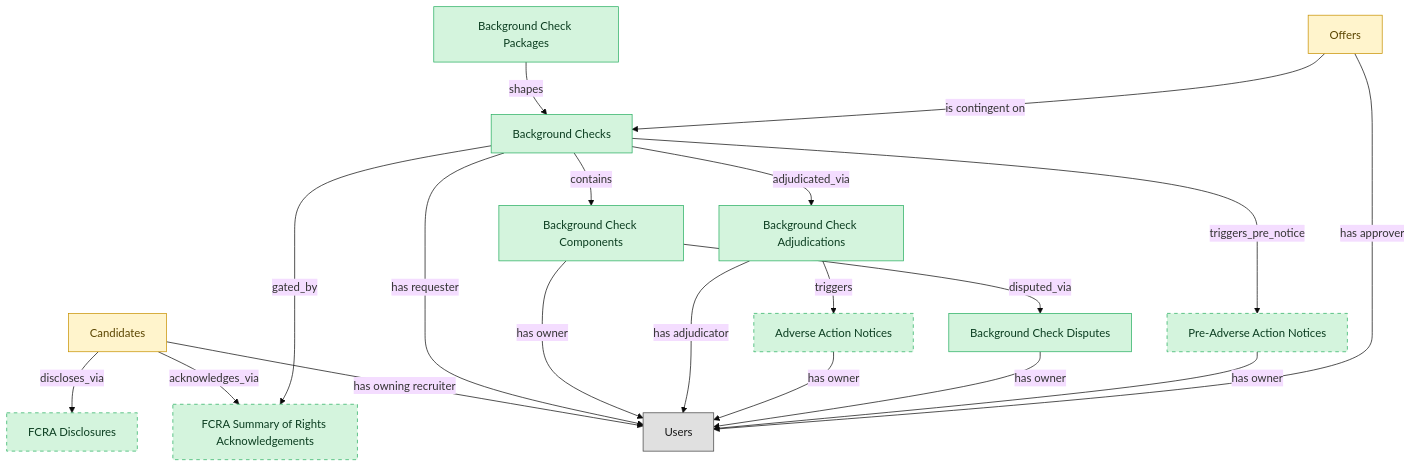
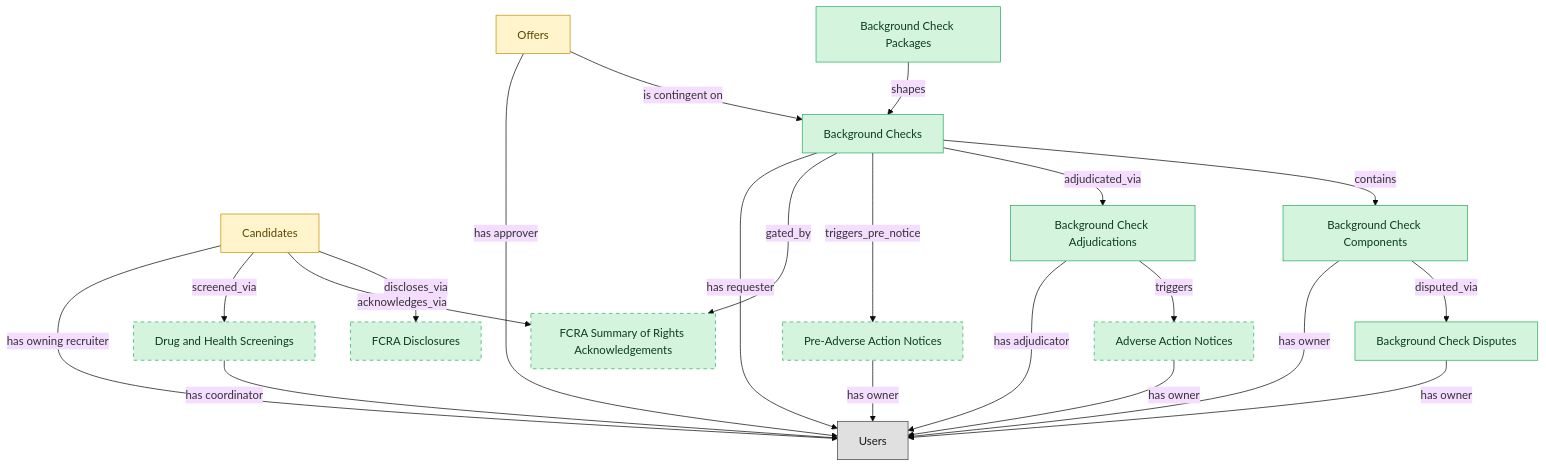
Before and after one commit to IntranetFactory/domain-map: the diagram in catalog/blueprints/ats-background-checks-semantic-blueprint.md, drawn with Mermaid (base theme). The commit also changed other lines of this file and 29 other files, not shown here.

````diff
--- a/catalog/blueprints/ats-background-checks-semantic-blueprint.md
+++ b/catalog/blueprints/ats-background-checks-semantic-blueprint.md
@@ -43,52 +44,57 @@
 ```mermaid
 flowchart TD
   classDef master fill:#d4f4dd,stroke:#27ae60,color:#0b3d20;
   classDef embedded_master fill:#fff4cc,stroke:#c79100,color:#5b4500;
   classDef platform_builtin fill:#e0e0e0,stroke:#424242,color:#1a1a1a;
   background_checks["Background Checks"]
   candidates["Candidates"]
   job_offers["Offers"]
   background_check_packages["Background Check Packages"]
   background_check_components["Background Check Components"]
   background_check_adjudications["Background Check Adjudications"]
   background_check_disputes["Background Check Disputes"]
   fcra_disclosures["FCRA Disclosures"]
   pre_adverse_action_notices["Pre-Adverse Action Notices"]
   fcra_summary_of_rights_acknowledgements["FCRA Summary of Rights Acknowledgements"]
   adverse_action_notices["Adverse Action Notices"]
+  drug_health_screenings["Drug and Health Screenings"]
   users["Users"]
   background_checks -->|"contains"| background_check_components
   background_check_packages -->|"shapes"| background_checks
   candidates -->|"discloses_via"| fcra_disclosures
   background_checks -->|"adjudicated_via"| background_check_adjudications
   background_check_adjudications -->|"triggers"| adverse_action_notices
   background_check_components -->|"disputed_via"| background_check_disputes
   candidates -->|"acknowledges_via"| fcra_summary_of_rights_acknowledgements
   background_checks -->|"triggers_pre_notice"| pre_adverse_action_notices
   background_checks -->|"gated_by"| fcra_summary_of_rights_acknowledgements
   job_offers -->|"is contingent on"| background_checks
+  candidates -->|"screened_via"| drug_health_screenings
   candidates -->|"has owning recruiter"| users
   background_checks -->|"has requester"| users
   background_check_components -->|"has owner"| users
   background_check_adjudications -->|"has adjudicator"| users
   adverse_action_notices -->|"has owner"| users
   background_check_disputes -->|"has owner"| users
   pre_adverse_action_notices -->|"has owner"| users
   job_offers -->|"has approver"| users
+  drug_health_screenings -->|"has coordinator"| users
   class background_checks master;
   class candidates embedded_master;
   class job_offers embedded_master;
   class background_check_packages master;
   class background_check_components master;
   class background_check_adjudications master;
   class background_check_disputes master;
   class fcra_disclosures master;
   class pre_adverse_action_notices master;
   class fcra_summary_of_rights_acknowledgements master;
   class adverse_action_notices master;
+  class drug_health_screenings master;
   class users platform_builtin;
   style fcra_disclosures stroke-dasharray:5 5;
   style pre_adverse_action_notices stroke-dasharray:5 5;
   style fcra_summary_of_rights_acknowledgements stroke-dasharray:5 5;
   style adverse_action_notices stroke-dasharray:5 5;
+  style drug_health_screenings stroke-dasharray:5 5;
 ```
````
